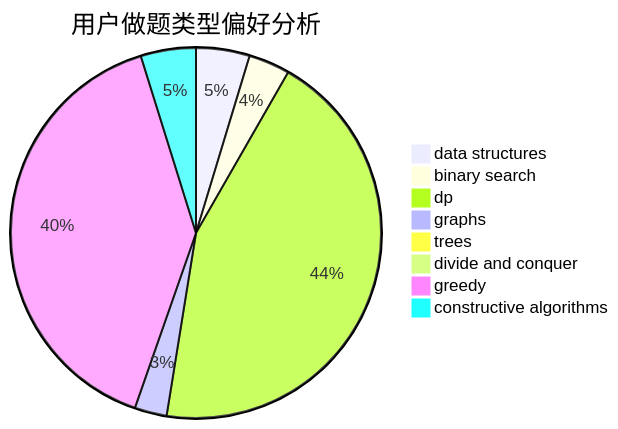
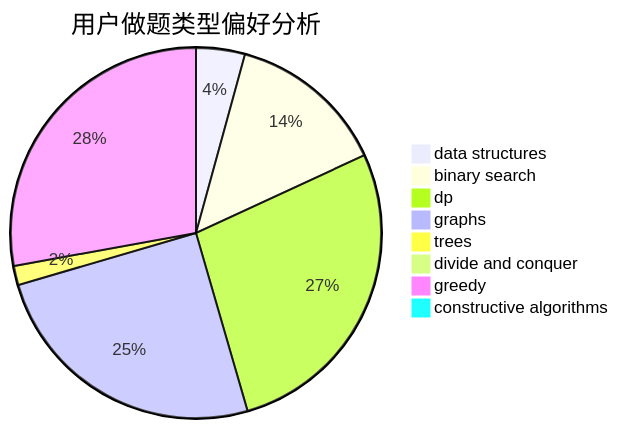
One commit to sherpahu/cfrs.github.io changed the second of 3 diagrams in docs/user/u1839.md. Above: the diagram before and after it, drawn with Mermaid. The commit also changed other lines of this file and 2770 other files, not shown here.

````diff
--- a/docs/user/u1839.md
+++ b/docs/user/u1839.md
@@ -23,11 +23,11 @@
 ```mermaid
 pie title 用户做题类型偏好分析
-    "data structures" :  35
-    "binary search" :  27
-    "dp" :  331
-    "graphs" :  21
-    "trees" :  5
-    "divide and conquer" :  1
-    "greedy" :  298
-    "constructive algorithms" :  36
+    "data structures" :  28
+    "binary search" :  91
+    "dp" :  180
+    "graphs" :  164
+    "trees" :  11
+    "divide and conquer" :  0
+    "greedy" :  183
+    "constructive algorithms" :  6
 ```
````
